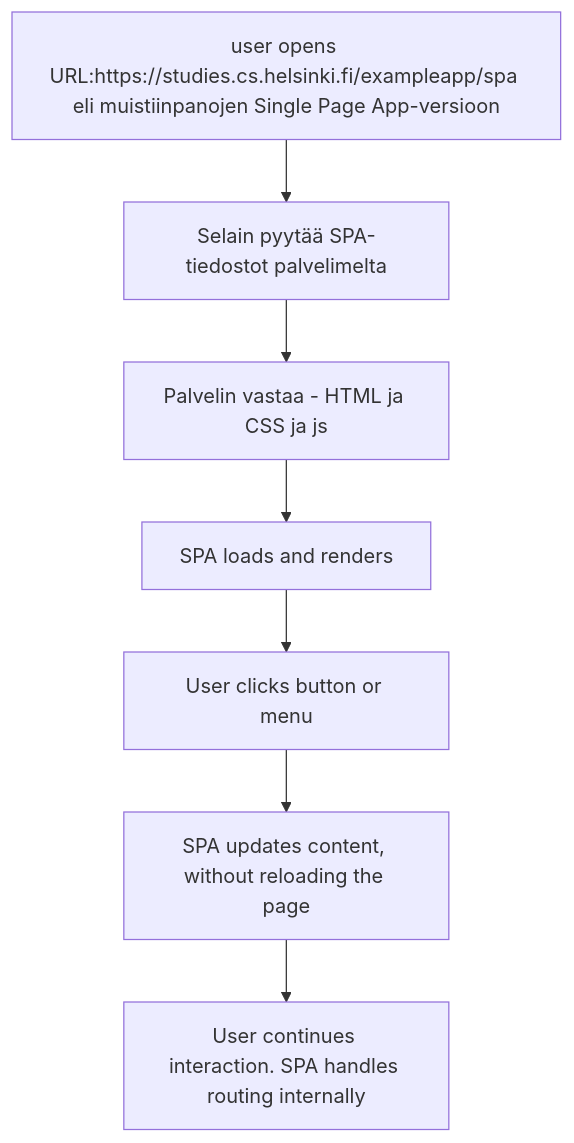
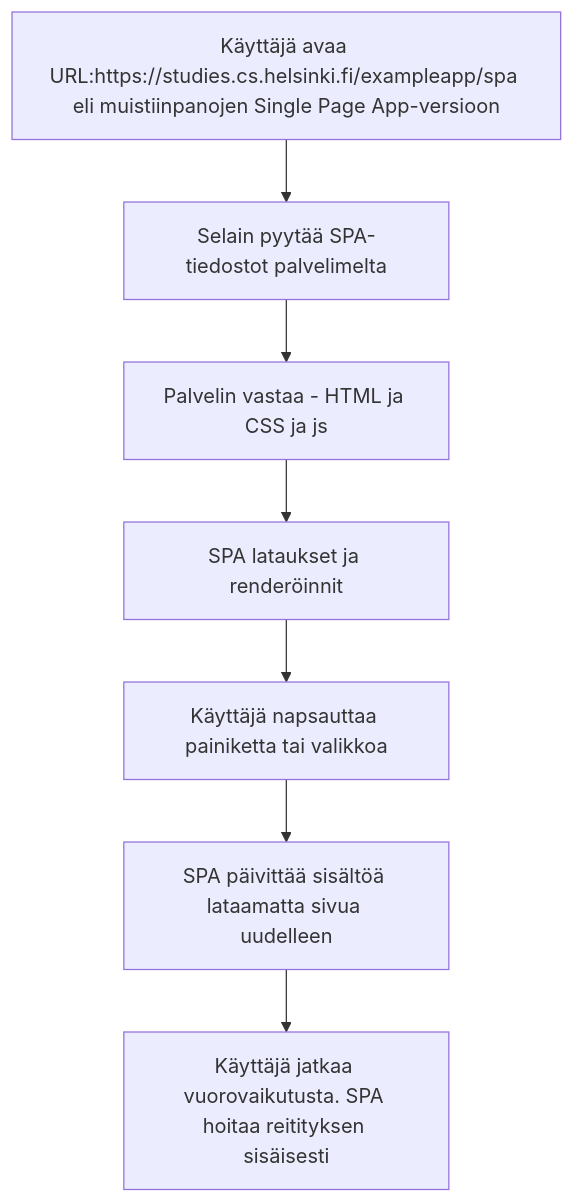
The diagram in Part 0/Tehtävä 5.md (HappyKarhu/fullstackopen), drawn with Mermaid before and after one commit.

Commit message:
updated 0 folder

````diff
--- a/Part 0/Tehtävä 5.md
+++ b/Part 0/Tehtävä 5.md
@@ -3,9 +3,9 @@
 ```mermaid
 flowchart TD
-    A[user opens URL:https://studies.cs.helsinki.fi/exampleapp/spa eli muistiinpanojen Single Page App-versioon] --> B[Selain pyytää SPA-tiedostot palvelimelta];
+    A[Käyttäjä avaa URL:https://studies.cs.helsinki.fi/exampleapp/spa eli muistiinpanojen Single Page App-versioon] --> B[Selain pyytää SPA-tiedostot palvelimelta];
     B --> C[Palvelin vastaa - HTML ja CSS ja js];
-    C --> D[SPA loads and renders];
-    D --> E[User clicks button or menu];
-    E --> F[SPA updates content, without reloading the page];
-    F --> G[User continues interaction. SPA handles routing internally];
+    C --> D[SPA lataukset ja renderöinnit];
+    D --> E[Käyttäjä napsauttaa painiketta tai valikkoa];
+    E --> F[SPA päivittää sisältöä lataamatta sivua uudelleen];
+    F --> G[Käyttäjä jatkaa vuorovaikutusta. SPA hoitaa reitityksen sisäisesti];
 ```
````
